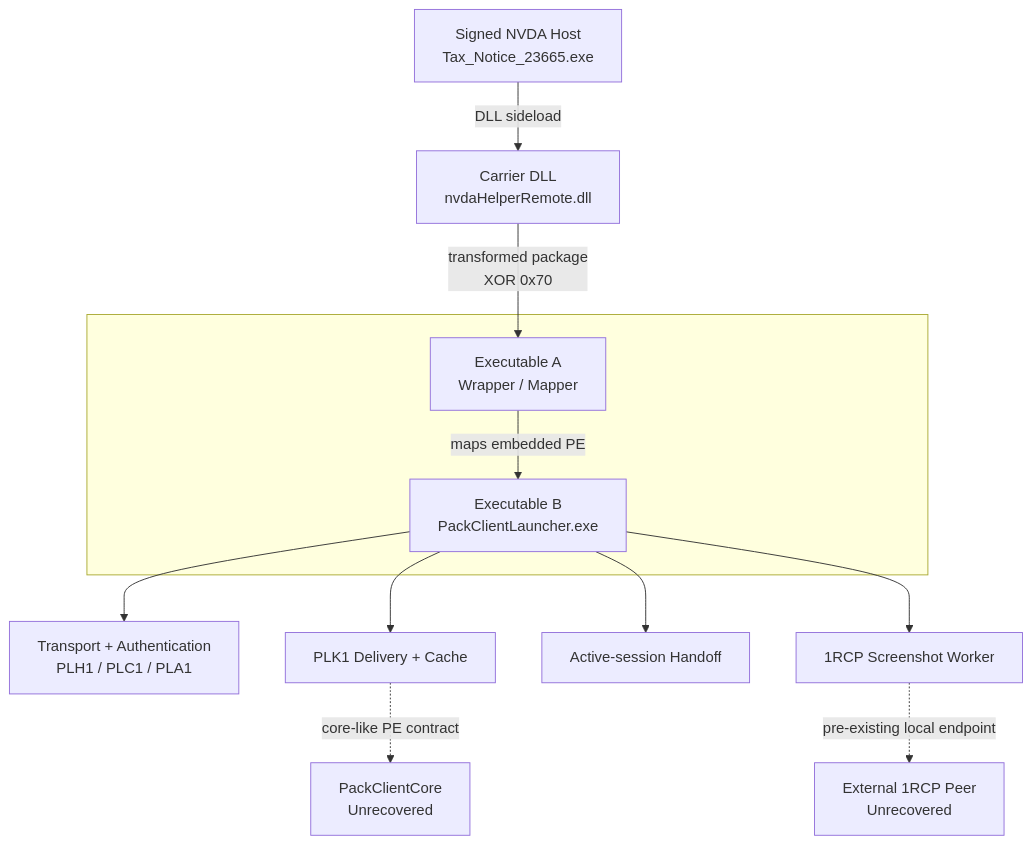
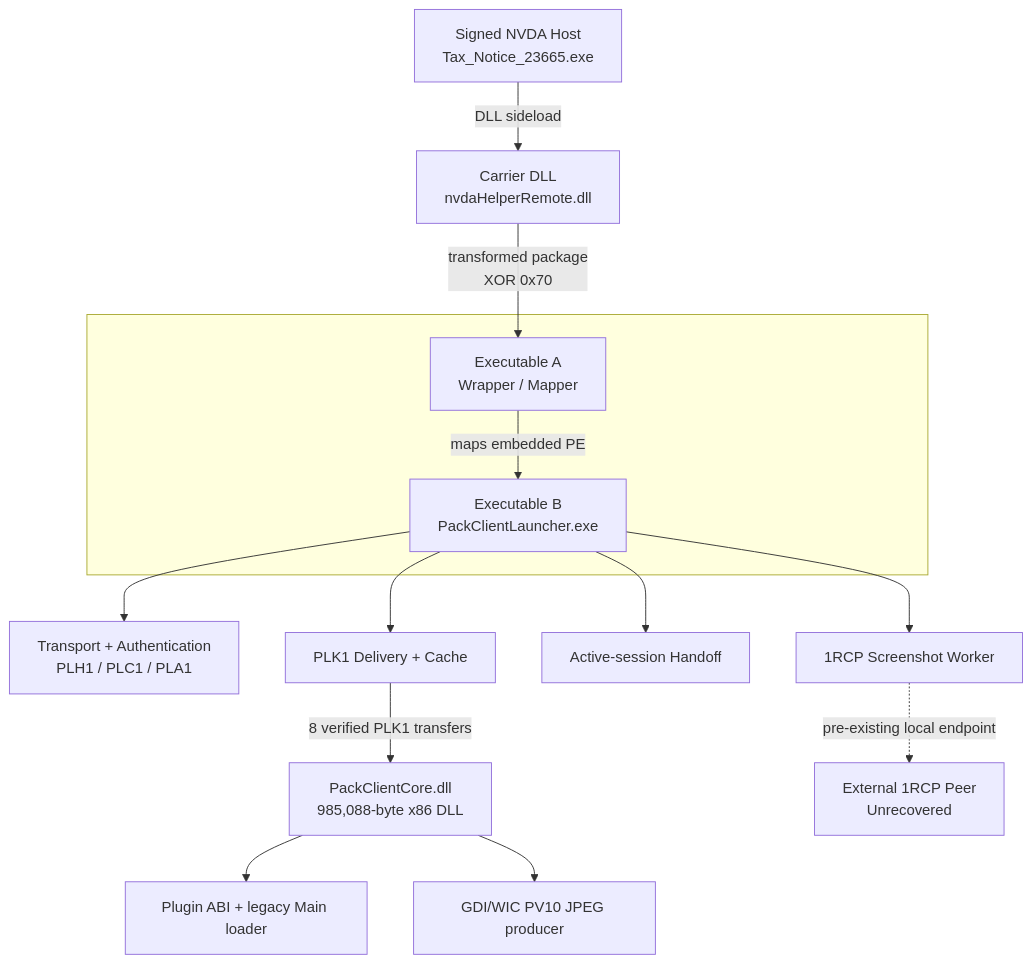
The diagram in README.md (ivanimmanuel-dev/PackClient), drawn with Mermaid before and after one commit. The commit also changed other lines of this file and 21 other files, not shown here.

Commit message:
Document recovered PackClient Core and artifact audit

````diff
--- a/README.md
+++ b/README.md
@@ -25,22 +27,24 @@
 ```mermaid
 flowchart TD
     H["Signed NVDA Host<br/>Tax_Notice_23665.exe"]
     C["Carrier DLL<br/>nvdaHelperRemote.dll"]
 
     subgraph P[" "]
         A["Executable A<br/>Wrapper / Mapper"]
         B["Executable B<br/>PackClientLauncher.exe"]
         A -->|"maps embedded PE"| B
     end
 
     H -->|"DLL sideload"| C
     C -->|"transformed package<br/>XOR 0x70"| A
 
     B --> T["Transport + Authentication<br/>PLH1 / PLC1 / PLA1"]
     B --> K["PLK1 Delivery + Cache"]
     B --> S["Active-session Handoff"]
     B --> R["1RCP Screenshot Worker"]
 
-    K -. "core-like PE contract" .-> CORE["PackClientCore<br/>Unrecovered"]
+    K -->|"8 verified PLK1 transfers"| CORE["PackClientCore.dll<br/>985,088-byte x86 DLL"]
+    CORE --> PABI["Plugin ABI + legacy Main loader"]
+    CORE --> PV10["GDI/WIC PV10 JPEG producer"]
     R -. "pre-existing local endpoint" .-> PEER["External 1RCP Peer<br/>Unrecovered"]
 ```
````
